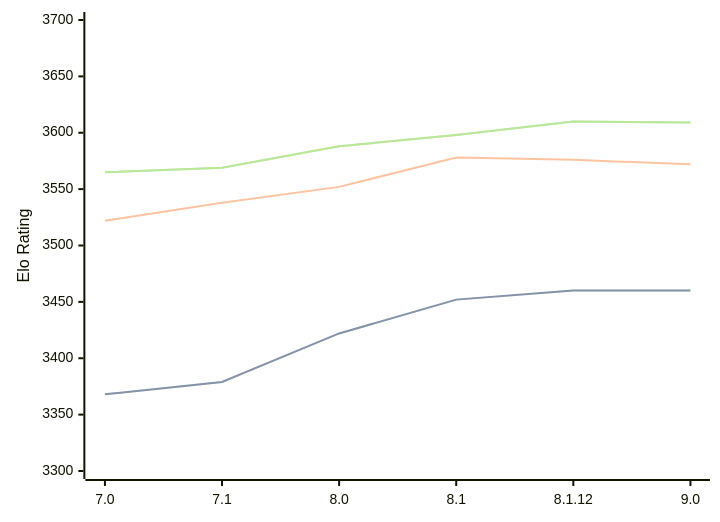
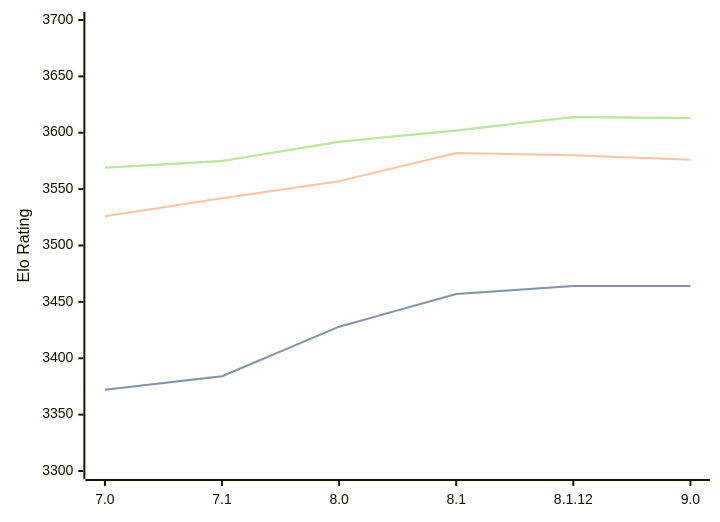
Before and after one commit to computer-chess-index/cci: the diagram in engines/Alexandria.md, drawn with Mermaid. The commit also changed other lines of this file, not shown here.

Commit message:
Update CCI Ratings (ELO VLTC) - 2026-04-18

````diff
--- a/engines/Alexandria.md
+++ b/engines/Alexandria.md
@@ -55,11 +55,11 @@
 ```mermaid
 %%{init: {"theme":"base","themeVariables":{"seriesColors:['#a3a3a3','#222221','#faa371']}}}%%
 xychart-beta
   x-axis ["7.0", "7.1", "8.0", "8.1", "8.1.12", "9.0"]
   y-axis "Elo Rating" 3300 --> 3700
-  line "STC (8.0+0.08s)" [3368, 3379, 3422, 3452, 3460, 3460]
-  line "STC (8.0+0.08s)" [3368, 3379, 3422, 3452, 3460, 3460]
-  line "LTC (60.0+0.60s)" [3522, 3538, 3552, 3578, 3576, 3572]
-  line "VLTC (2m24s+1.12s)" [3565, 3569, 3588, 3598, 3610, 3609]
-  line "VLTC (2m24s+1.12s)" [3565, 3569, 3588, 3598, 3610, 3609]
+  line "STC (8.0+0.08s)" [3372, 3384, 3428, 3457, 3464, 3464]
+  line "STC (8.0+0.08s)" [3372, 3384, 3428, 3457, 3464, 3464]
+  line "LTC (60.0+0.60s)" [3526, 3542, 3557, 3582, 3580, 3576]
+  line "VLTC (2m24s+1.12s)" [3569, 3575, 3592, 3602, 3614, 3613]
+  line "VLTC (2m24s+1.12s)" [3569, 3575, 3592, 3602, 3614, 3613]
 ```
````
